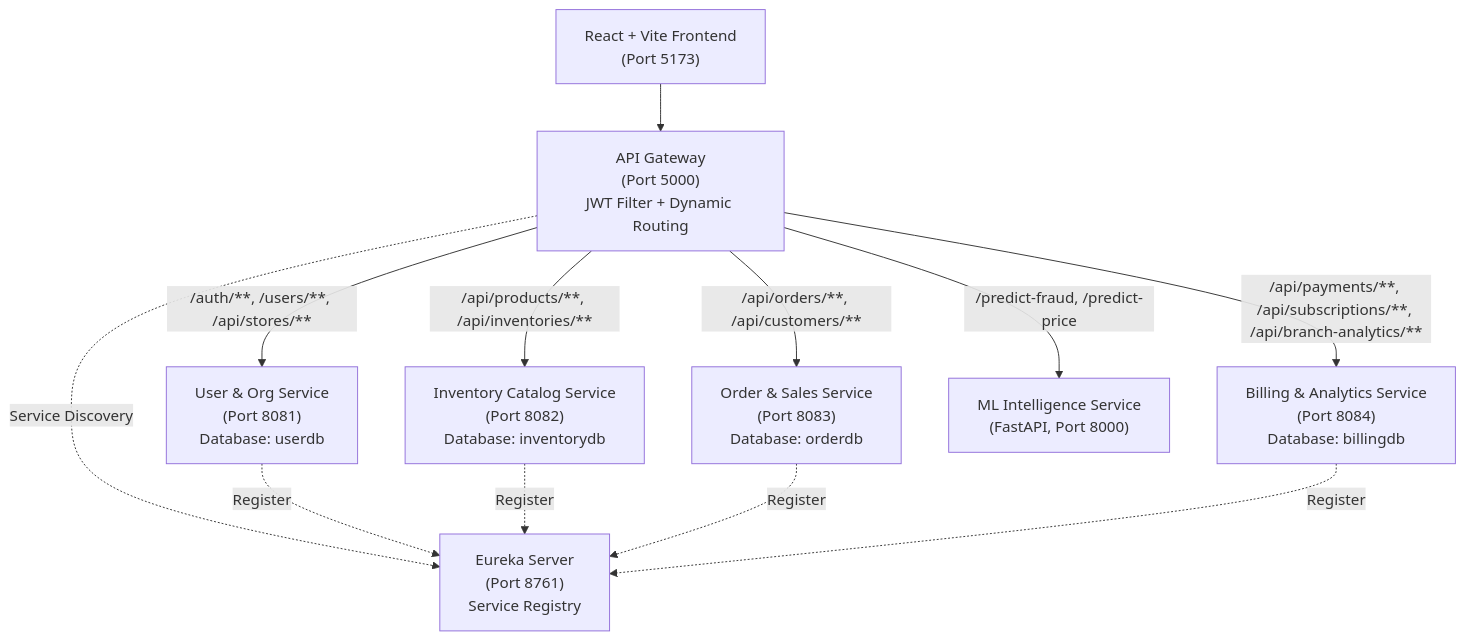
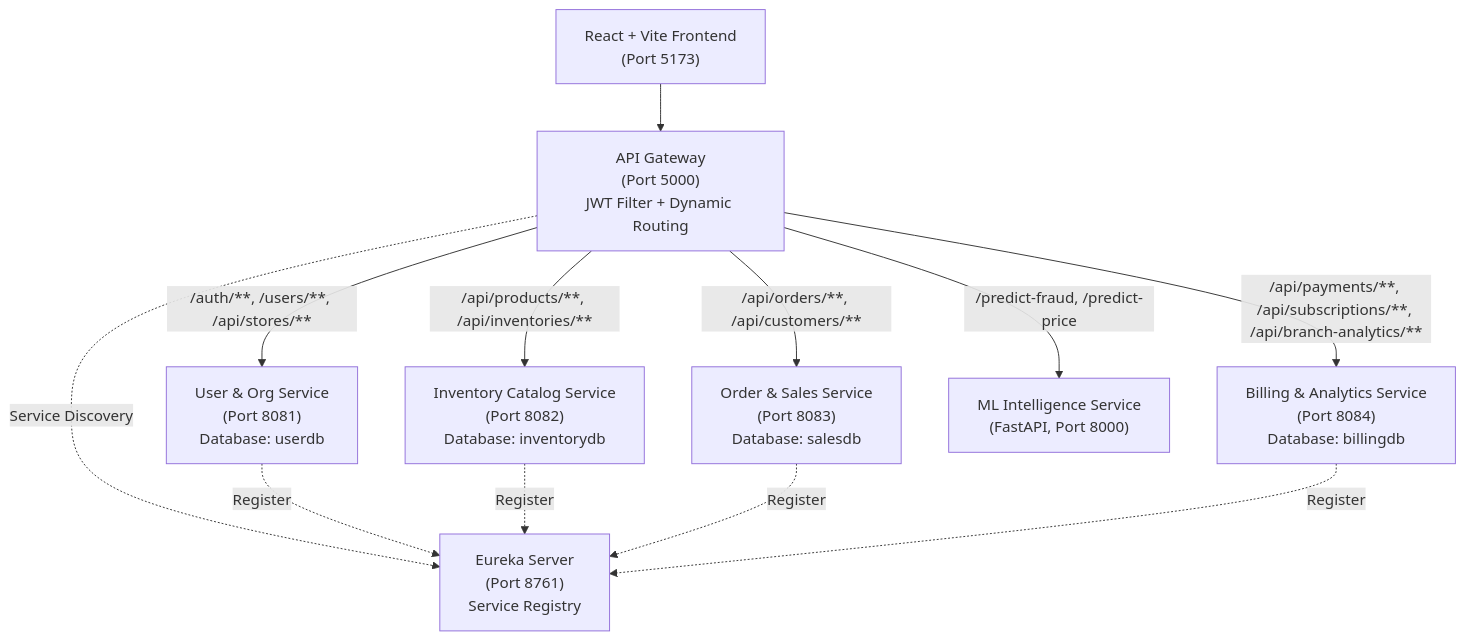
The diagram in README.md (Kiran-Shetty-afk/Inventa-POS), drawn with Mermaid before and after one commit. The commit also changed other lines of this file and 261 other files, not shown here.

````diff
--- a/README.md
+++ b/README.md
@@ -46,26 +45,26 @@
 ```mermaid
 flowchart TD
     Client["React + Vite Frontend<br/>(Port 5173)"]
     Gateway["API Gateway<br/>(Port 5000)<br/>JWT Filter + Dynamic Routing"]
     Eureka["Eureka Server<br/>(Port 8761)<br/>Service Registry"]
     
     UserOrg["User & Org Service<br/>(Port 8081)<br/>Database: userdb"]
     Inventory["Inventory Catalog Service<br/>(Port 8082)<br/>Database: inventorydb"]
-    OrderSales["Order & Sales Service<br/>(Port 8083)<br/>Database: orderdb"]
+    OrderSales["Order & Sales Service<br/>(Port 8083)<br/>Database: salesdb"]
     BillingAnalytics["Billing & Analytics Service<br/>(Port 8084)<br/>Database: billingdb"]
     MLService["ML Intelligence Service<br/>(FastAPI, Port 8000)"]
 
     Client --> Gateway
     Gateway -. Service Discovery .-> Eureka
     
     Gateway -->|/auth/**, /users/**, /api/stores/**| UserOrg
     Gateway -->|/api/products/**, /api/inventories/**| Inventory
     Gateway -->|/api/orders/**, /api/customers/**| OrderSales
     Gateway -->|/api/payments/**, /api/subscriptions/**, /api/branch-analytics/**| BillingAnalytics
     Gateway -->|/predict-fraud, /predict-price| MLService
     
     UserOrg -. Register .-> Eureka
     Inventory -. Register .-> Eureka
     OrderSales -. Register .-> Eureka
     BillingAnalytics -. Register .-> Eureka
 ```
````
